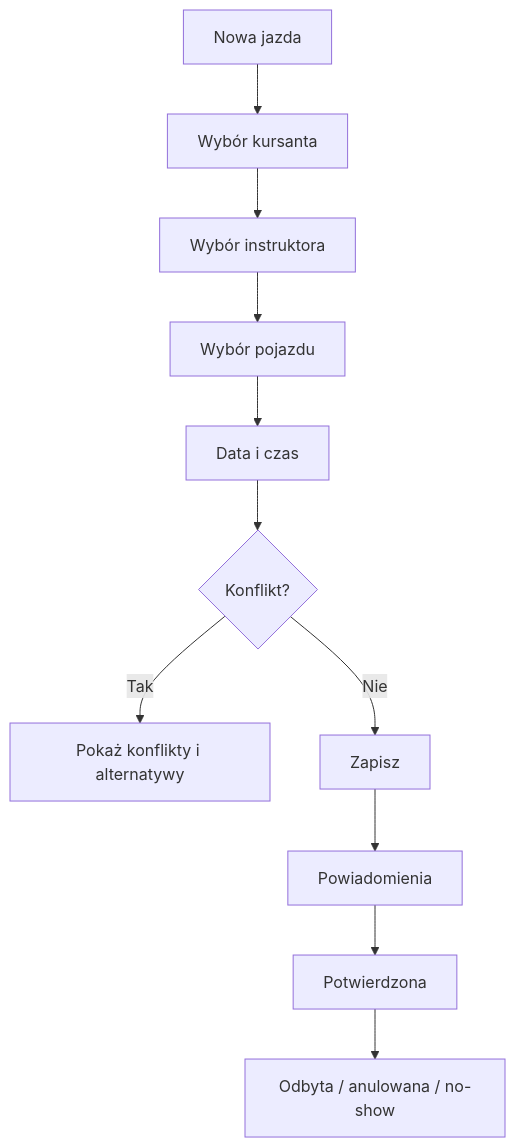
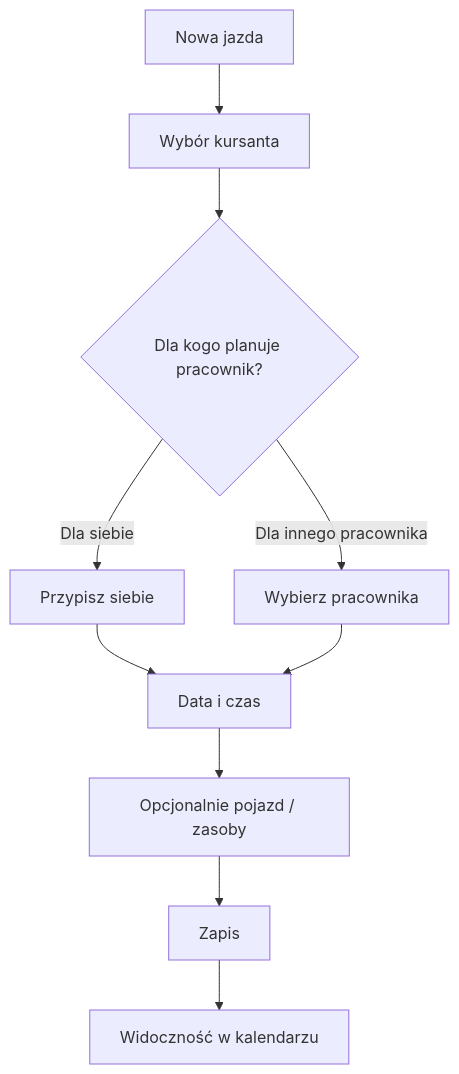
The sixth of 7 diagrams in docs/03-user-flows.md (prawkonaraz100/osk-panel), drawn with Mermaid before and after one commit. The commit also changed other lines of this file, not shown here.

Commit message:
Expand verified user flows and state transitions

````diff
--- a/docs/03-user-flows.md
+++ b/docs/03-user-flows.md
@@ -68,13 +149,12 @@
 ```mermaid
 flowchart TD
 A[Nowa jazda] --> B[Wybór kursanta]
-B --> C[Wybór instruktora]
-C --> D[Wybór pojazdu]
-D --> E[Data i czas]
-E --> F{Konflikt?}
-F -->|Tak| G[Pokaż konflikty i alternatywy]
-F -->|Nie| H[Zapisz]
-H --> I[Powiadomienia]
-I --> J[Potwierdzona]
-J --> K[Odbyta / anulowana / no-show]
+B --> C{Dla kogo planuje pracownik?}
+C -->|Dla siebie| D[Przypisz siebie]
+C -->|Dla innego pracownika| E[Wybierz pracownika]
+D --> F[Data i czas]
+E --> F
+F --> G[Opcjonalnie pojazd / zasoby]
+G --> H[Zapis]
+H --> I[Widoczność w kalendarzu]
 ```
````
